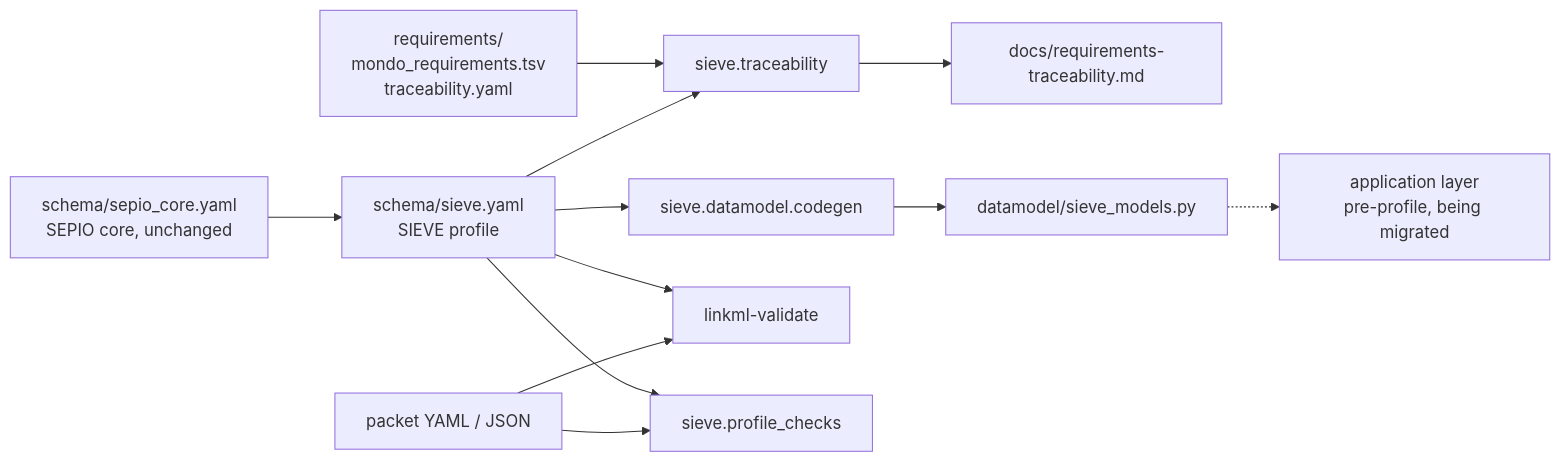
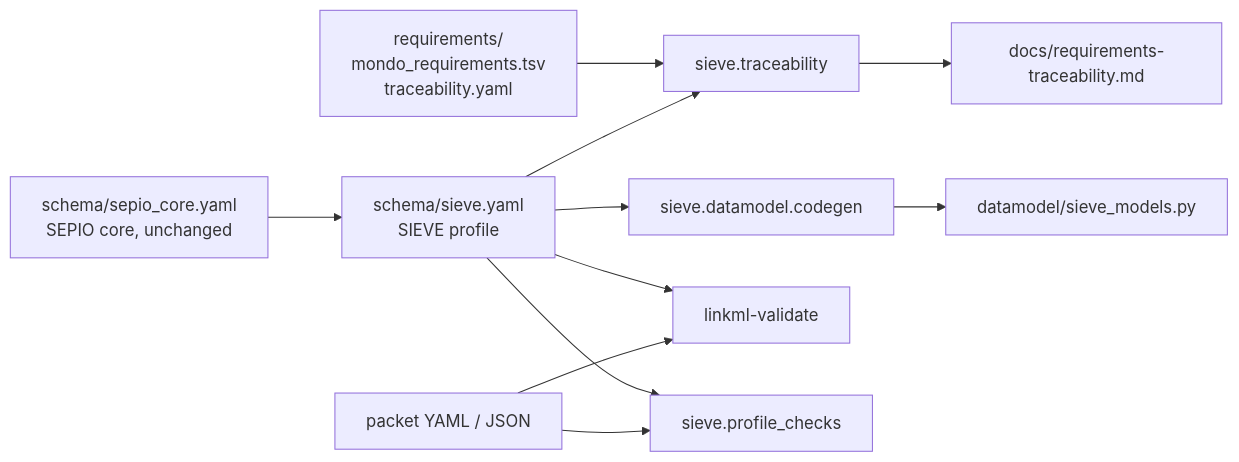
Before and after one commit to matentzn/sieve: the diagram in docs/architecture.md, drawn with Mermaid. The commit also changed other lines of this file and 10 other files, not shown here.

Commit message:
Update docs for the removed application layer

````diff
--- a/docs/architecture.md
+++ b/docs/architecture.md
@@ -17,13 +8,12 @@
 ```mermaid
 flowchart LR
     CORE[schema/sepio_core.yaml<br/>SEPIO core, unchanged] --> PROF[schema/sieve.yaml<br/>SIEVE profile]
     REQ[requirements/<br/>mondo_requirements.tsv<br/>traceability.yaml] --> TRACE[sieve.traceability]
     PROF --> TRACE
     TRACE --> MD[docs/requirements-traceability.md]
     PROF --> GEN[sieve.datamodel.codegen] --> PYD[datamodel/sieve_models.py]
     PROF --> LV[linkml-validate]
     PROF --> PC[sieve.profile_checks]
     PKT[packet YAML / JSON] --> LV
     PKT --> PC
-    PYD -.-> APP[application layer<br/>pre-profile, being migrated]
 ```
````
